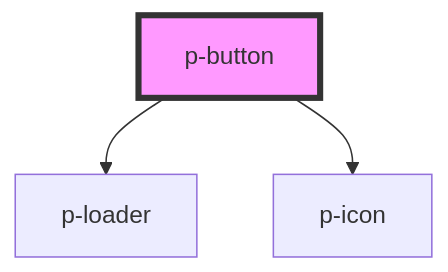
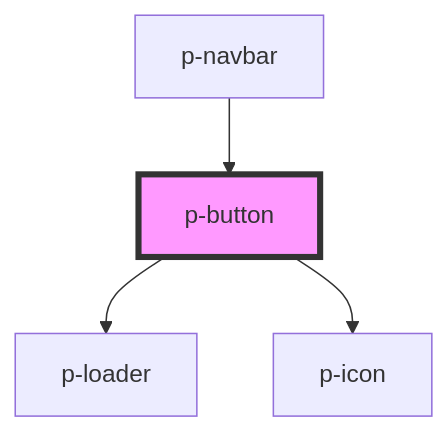
The diagram in packages/core/src/components/atoms/button/readme.md (Employes/paperless), drawn with Mermaid before and after one commit. The commit also changed other lines of this file and 9 other files, not shown here.

````diff
--- a/packages/core/src/components/atoms/button/readme.md
+++ b/packages/core/src/components/atoms/button/readme.md
@@ -47,6 +51,7 @@
 ```mermaid
 graph TD;
   p-button --> p-loader
   p-button --> p-icon
+  p-navbar --> p-button
   style p-button fill:#f9f,stroke:#333,stroke-width:4px
 ```
````
